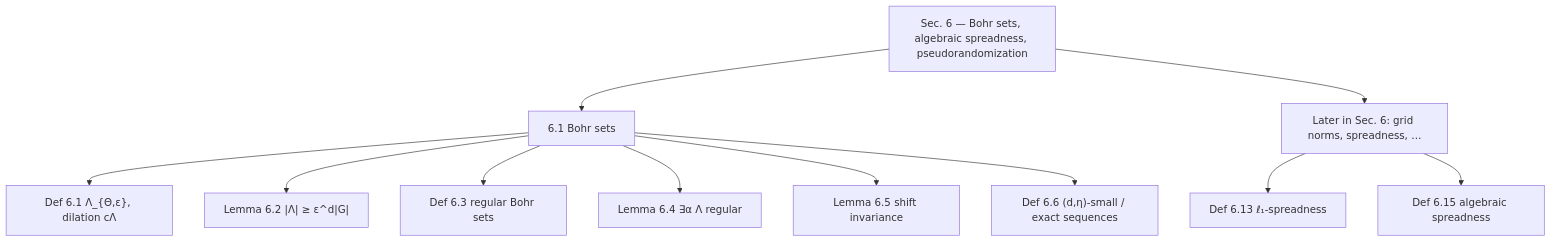
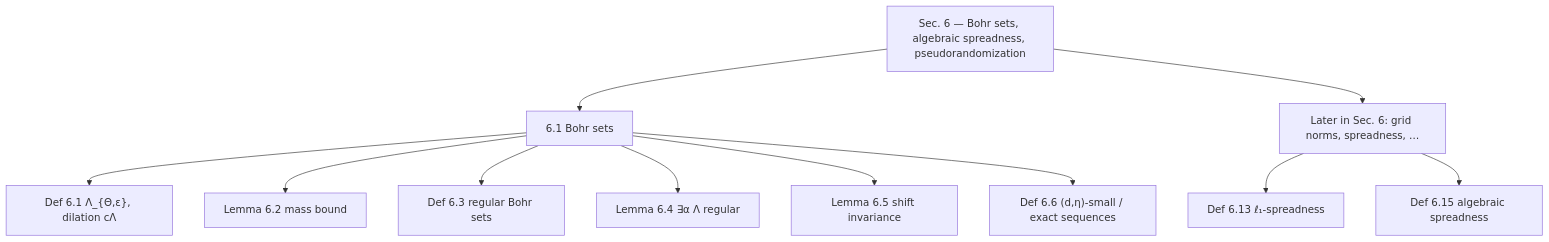
The diagram in README.md (ab0626/Bohr-Set-Visualizer), drawn with Mermaid before and after one commit. The commit also changed other lines of this file and 1 other file, not shown here.

````diff
--- a/README.md
+++ b/README.md
@@ -31,14 +31,14 @@
 ```mermaid
 flowchart TB
   S6["Sec. 6 — Bohr sets, algebraic spreadness, pseudorandomization"]
   S6 --> A["6.1 Bohr sets"]
   A --> D61["Def 6.1 Λ_{Θ,ε}, dilation cΛ"]
-  A --> L62["Lemma 6.2 |Λ| ≥ ε^d|G|"]
+  A --> L62["Lemma 6.2 mass bound"]
   A --> D63["Def 6.3 regular Bohr sets"]
   A --> L64["Lemma 6.4 ∃α Λ regular"]
   A --> L65["Lemma 6.5 shift invariance"]
   A --> D66["Def 6.6 (d,η)-small / exact sequences"]
   S6 --> B["Later in Sec. 6: grid norms, spreadness, …"]
   B --> D613["Def 6.13 ℓ₁-spreadness"]
   B --> D615["Def 6.15 algebraic spreadness"]
 ```
````
